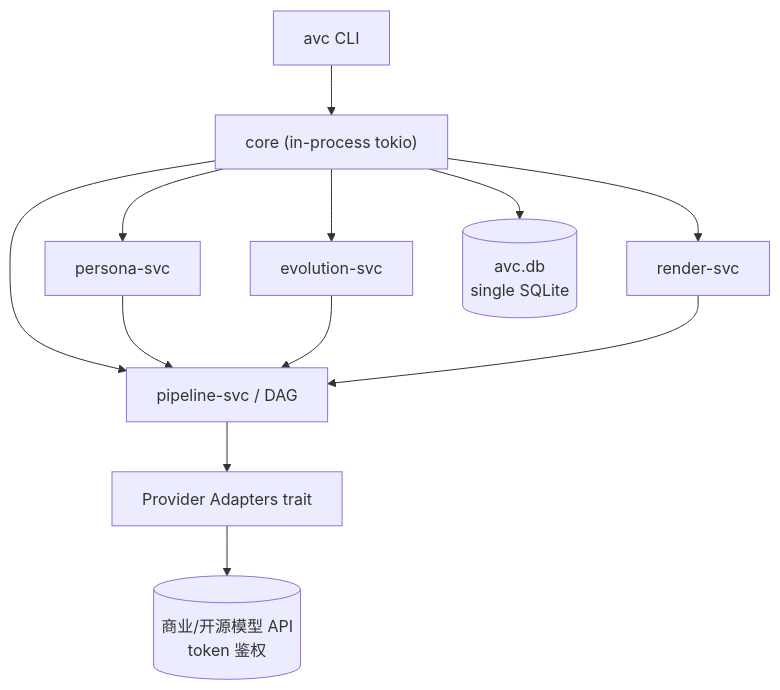
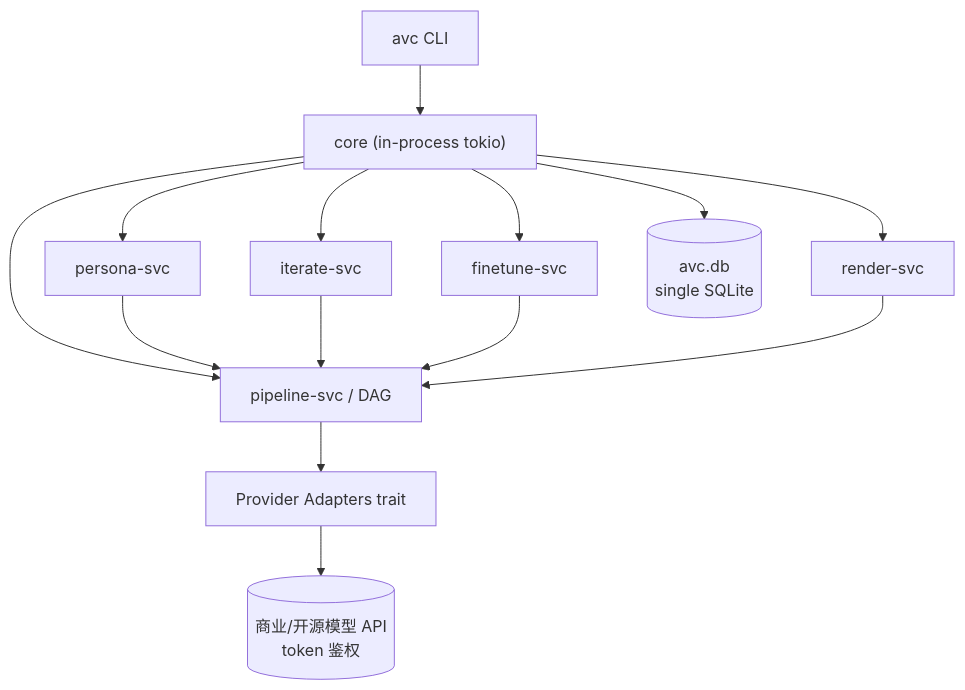
One commit to growdu/avcore changed the first of 3 diagrams in docs/architecture.md. Above: the diagram before and after it, drawn with Mermaid. The commit also changed other lines of this file and 10 other files, not shown here.

````diff
--- a/docs/architecture.md
+++ b/docs/architecture.md
@@ -9,16 +9,18 @@
 ```mermaid
 flowchart TB
     CLI["avc CLI"]
     CLI --> CORE
     CORE["core (in-process tokio)"]
     CORE --> PS[persona-svc]
-    CORE --> ES[evolution-svc]
+    CORE --> IS[iterate-svc]
+    CORE --> FS[finetune-svc]
     CORE --> RS[render-svc]
     CORE --> PL[pipeline-svc / DAG]
     PS --> PL
-    ES --> PL
+    IS --> PL
+    FS --> PL
     RS --> PL
     PL --> PR[Provider Adapters trait]
     PR --> API[(商业/开源模型 API<br/>token 鉴权)]
     CORE --> DB[(avc.db<br/>single SQLite)]
 ```
````
